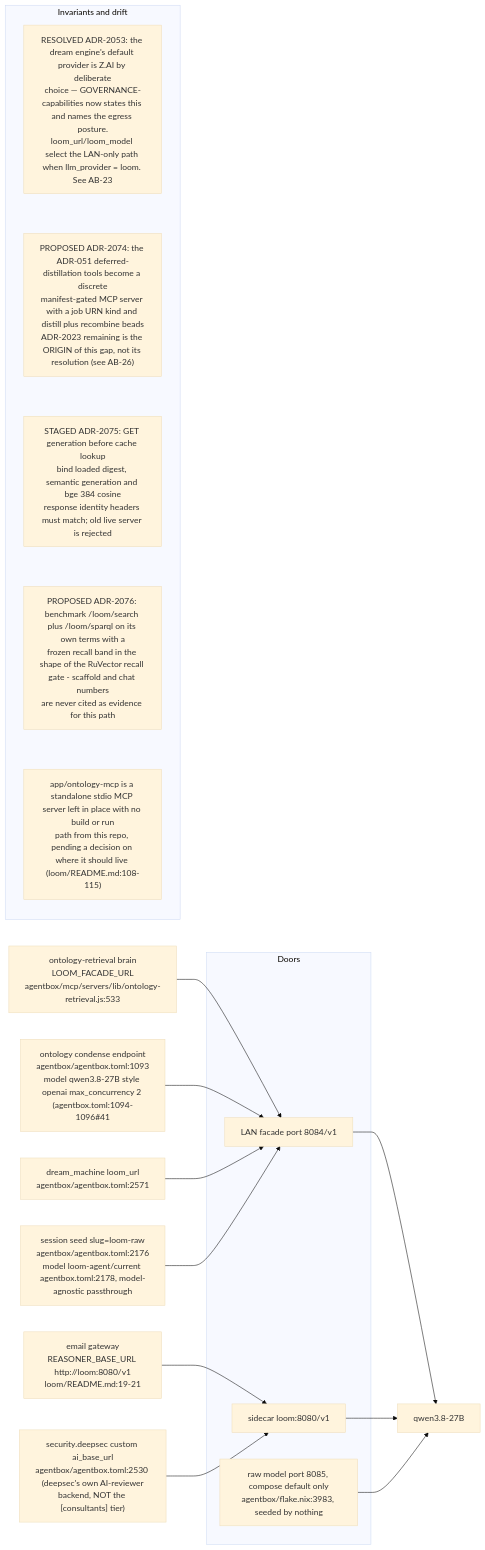
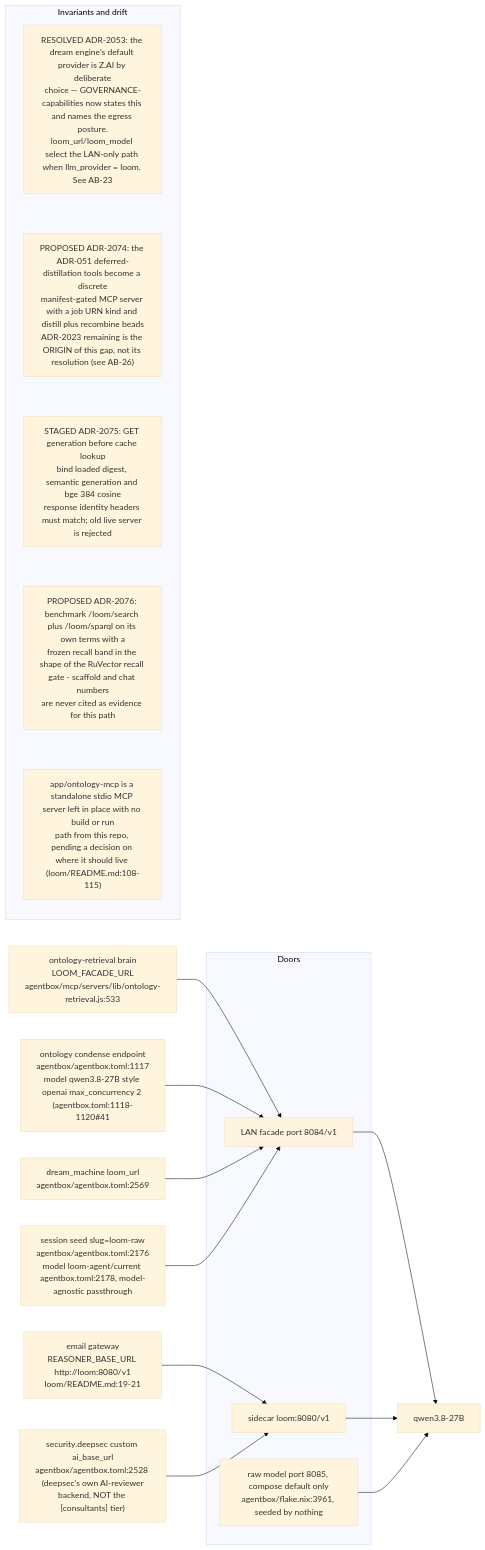
The eighth of 14 diagrams in docs/diagrams/agentbox/24-loom-facade.md (DreamLab-AI/VisionFlow), drawn with Mermaid (base theme) before and after one commit. The commit also changed other lines of this file and 145 other files, not shown here.

````diff
--- a/docs/diagrams/agentbox/24-loom-facade.md
+++ b/docs/diagrams/agentbox/24-loom-facade.md
@@ -334,26 +335,26 @@
 ```mermaid
 flowchart LR
     subgraph doors["Doors"]
         D84["LAN facade port 8084/v1"]
         D80["sidecar loom:8080/v1"]
-        D85["raw model port 8085, compose default only<br/>agentbox/flake.nix:3983, seeded by nothing"]
+        D85["raw model port 8085, compose default only<br/>agentbox/flake.nix:3961, seeded by nothing"]
     end
     RET["ontology-retrieval brain<br/>LOOM_FACADE_URL<br/>agentbox/mcp/servers/lib/ontology-retrieval.js:533"] --> D84
-    COND["ontology condense endpoint<br/>agentbox/agentbox.toml:1093<br/>model qwen3.8-27B style openai max_concurrency 2 #40;agentbox.toml:1094-1096#41;"] --> D84
-    DREAM["dream_machine loom_url<br/>agentbox/agentbox.toml:2571"] --> D84
+    COND["ontology condense endpoint<br/>agentbox/agentbox.toml:1117<br/>model qwen3.8-27B style openai max_concurrency 2 #40;agentbox.toml:1118-1120#41;"] --> D84
+    DREAM["dream_machine loom_url<br/>agentbox/agentbox.toml:2569"] --> D84
     SEEDR["session seed slug=loom-raw<br/>agentbox/agentbox.toml:2176<br/>model loom-agent/current agentbox.toml:2178, model-agnostic passthrough"] --> D84
     EMAIL["email gateway<br/>REASONER_BASE_URL http://loom:8080/v1<br/>loom/README.md:19-21"] --> D80
-    CUST["security.deepsec custom ai_base_url<br/>agentbox/agentbox.toml:2530 #40;deepsec#39;s own AI-reviewer<br/>backend, NOT the #91;consultants#93; tier#41;"] --> D80
+    CUST["security.deepsec custom ai_base_url<br/>agentbox/agentbox.toml:2528 #40;deepsec#39;s own AI-reviewer<br/>backend, NOT the #91;consultants#93; tier#41;"] --> D80
     D84 --> M["qwen3.8-27B"]
     D80 --> M
     D85 --> M
     subgraph notes["Invariants and drift"]
         direction TB
         N1["RESOLVED ADR-2053: the dream engine's default provider is Z.AI by deliberate<br/>choice — GOVERNANCE-capabilities now states this and names the egress posture.<br/>loom_url/loom_model select the LAN-only path when llm_provider = loom. See AB-23"]
         N2["PROPOSED ADR-2074: the ADR-051 deferred-distillation tools become a discrete<br/>manifest-gated MCP server with a job URN kind and distill plus recombine beads<br/>ADR-2023 remaining is the ORIGIN of this gap, not its resolution (see AB-26)"]
         N3["STAGED ADR-2075: GET generation before cache lookup<br/>bind loaded digest, semantic generation and bge 384 cosine<br/>response identity headers must match; old live server is rejected"]
         N4["PROPOSED ADR-2076: benchmark /loom/search plus /loom/sparql on its own terms with a<br/>frozen recall band in the shape of the RuVector recall gate - scaffold and chat numbers<br/>are never cited as evidence for this path"]
         N5["app/ontology-mcp is a standalone stdio MCP server left in place with no build or run<br/>path from this repo, pending a decision on where it should live (loom/README.md:108-115)"]
         N1 ~~~ N2 ~~~ N3 ~~~ N4 ~~~ N5
     end
 ```
````
